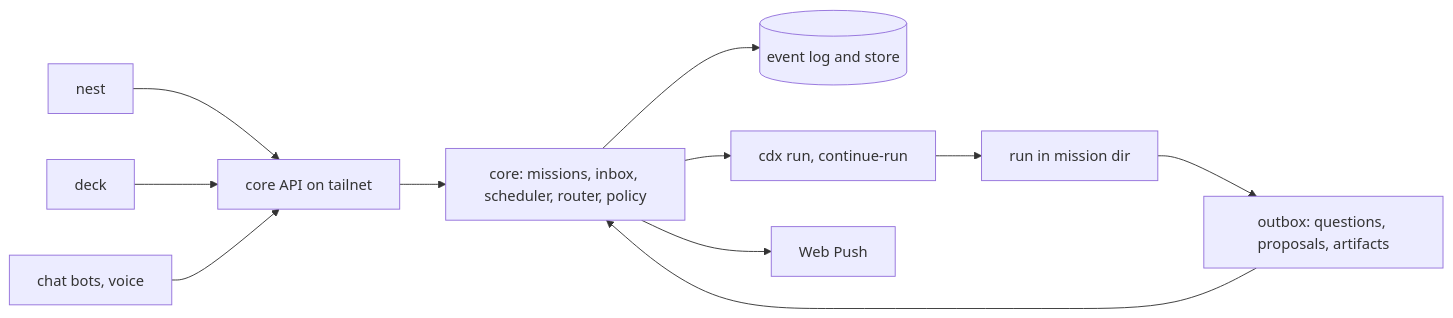
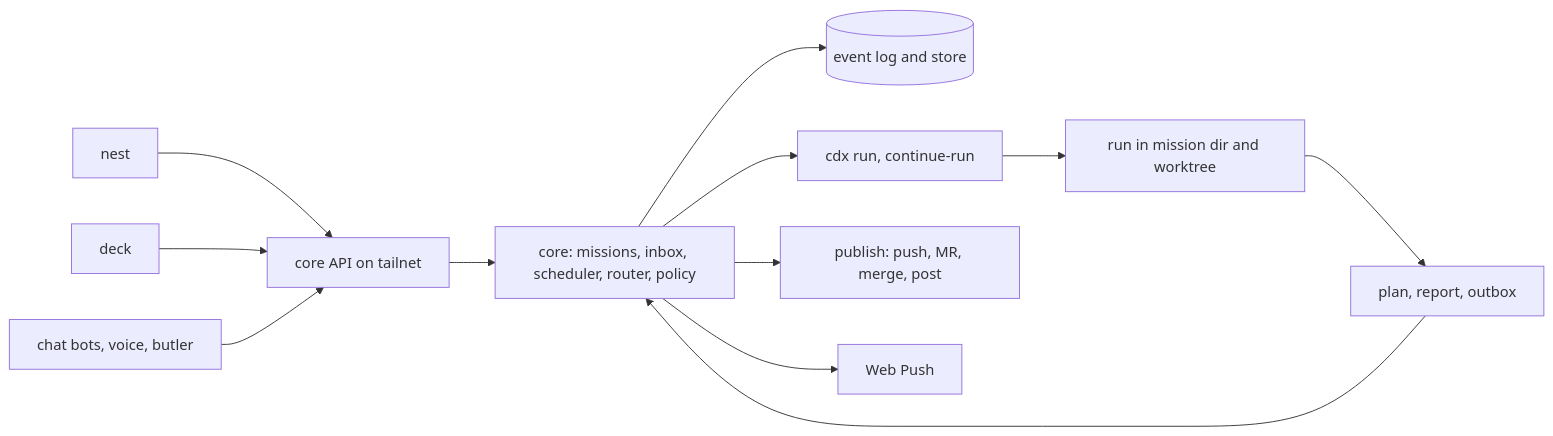
The diagram in logics/architecture/adr_001_core_missions_and_inbox_architecture.md (Nicolas-Rigaudy/cr-0w), drawn with Mermaid before and after one commit. The commit also changed other lines of this file and 13 other files, not shown here.

Commit message:
chg[MD]: deepen Jarvis layer brief, core architecture and research requests

````diff
--- a/logics/architecture/adr_001_core_missions_and_inbox_architecture.md
+++ b/logics/architecture/adr_001_core_missions_and_inbox_architecture.md
@@ -11,13 +11,14 @@
 ```mermaid
 flowchart LR
     N[nest] --> API[core API on tailnet]
     D[deck] --> API
-    C[chat bots, voice] --> API
+    C[chat bots, voice, butler] --> API
     API --> CORE[core: missions, inbox, scheduler, router, policy]
     CORE --> EV[(event log and store)]
     CORE --> CDX[cdx run, continue-run]
-    CDX --> RUN[run in mission dir]
-    RUN --> OUT[outbox: questions, proposals, artifacts]
+    CDX --> RUN[run in mission dir and worktree]
+    RUN --> OUT[plan, report, outbox]
     OUT --> CORE
+    CORE --> PUB[publish: push, MR, merge, post]
     CORE --> PUSH[Web Push]
 ```
````
